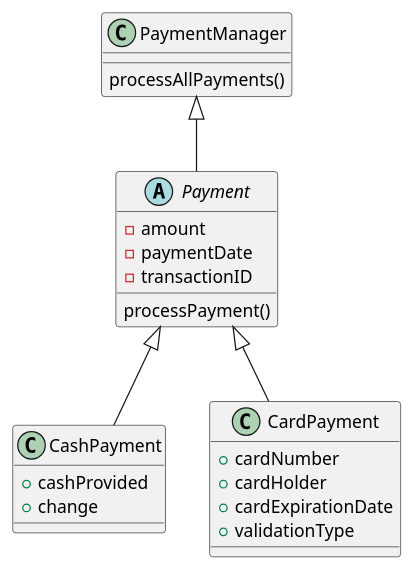
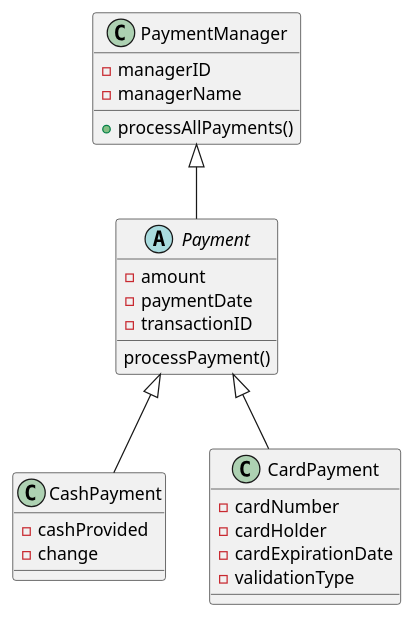
The diagram in module 5/module_5.wsd (kirillrumyantsev-hub/uml-diagrams), drawn with PlantUML before and after one commit. The commit also changed 1 other file, not shown here.

```diff
--- a/module 5/module_5.wsd
+++ b/module 5/module_5.wsd
@@ -1,29 +1,31 @@
 @startuml
 class PaymentManager {
-    processAllPayments()
+  - managerID
+  - managerName
+  + processAllPayments()
 }
 
 abstract Payment {
   - amount
   - paymentDate
   - transactionID
   processPayment()
 }
 
 class CashPayment {
-  + cashProvided
-  + change
+  - cashProvided
+  - change
 }
 
 class CardPayment {
-  + cardNumber
-  + cardHolder
-  + cardExpirationDate
-  + validationType
+  - cardNumber
+  - cardHolder
+  - cardExpirationDate
+  - validationType
 }
 
 PaymentManager <|-- Payment
 Payment <|-- CashPayment
 Payment <|-- CardPayment
 
 @enduml
```
